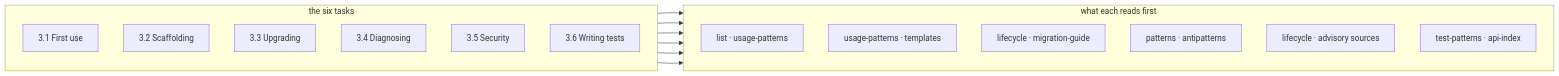
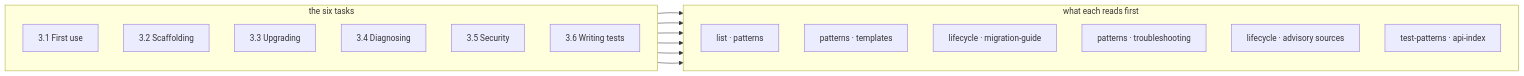
The second of 2 diagrams in standards/consumption/consumption-map.md (miri-whl/miri-standard), drawn with Mermaid before and after one commit. The commit also changed other lines of this file and 103 other files, not shown here.

````diff
--- a/standards/consumption/consumption-map.md
+++ b/standards/consumption/consumption-map.md
@@ -171,27 +172,27 @@
 ```mermaid
 flowchart LR
     subgraph T["the six tasks"]
         direction TB
         t1["3.1 First use"]
         t2["3.2 Scaffolding"]
         t3["3.3 Upgrading"]
         t4["3.4 Diagnosing"]
         t5["3.5 Security"]
         t6["3.6 Writing tests"]
     end
     subgraph D["what each reads first"]
         direction TB
-        d1["list · usage-patterns"]
-        d2["usage-patterns · templates"]
+        d1["list · patterns"]
+        d2["patterns · templates"]
         d3["lifecycle · migration-guide"]
-        d4["patterns · antipatterns"]
+        d4["patterns · troubleshooting"]
         d5["lifecycle · advisory sources"]
         d6["test-patterns · api-index"]
     end
     t1 --> d1
     t2 --> d2
     t3 --> d3
     t4 --> d4
     t5 --> d5
     t6 --> d6
 ```
````
